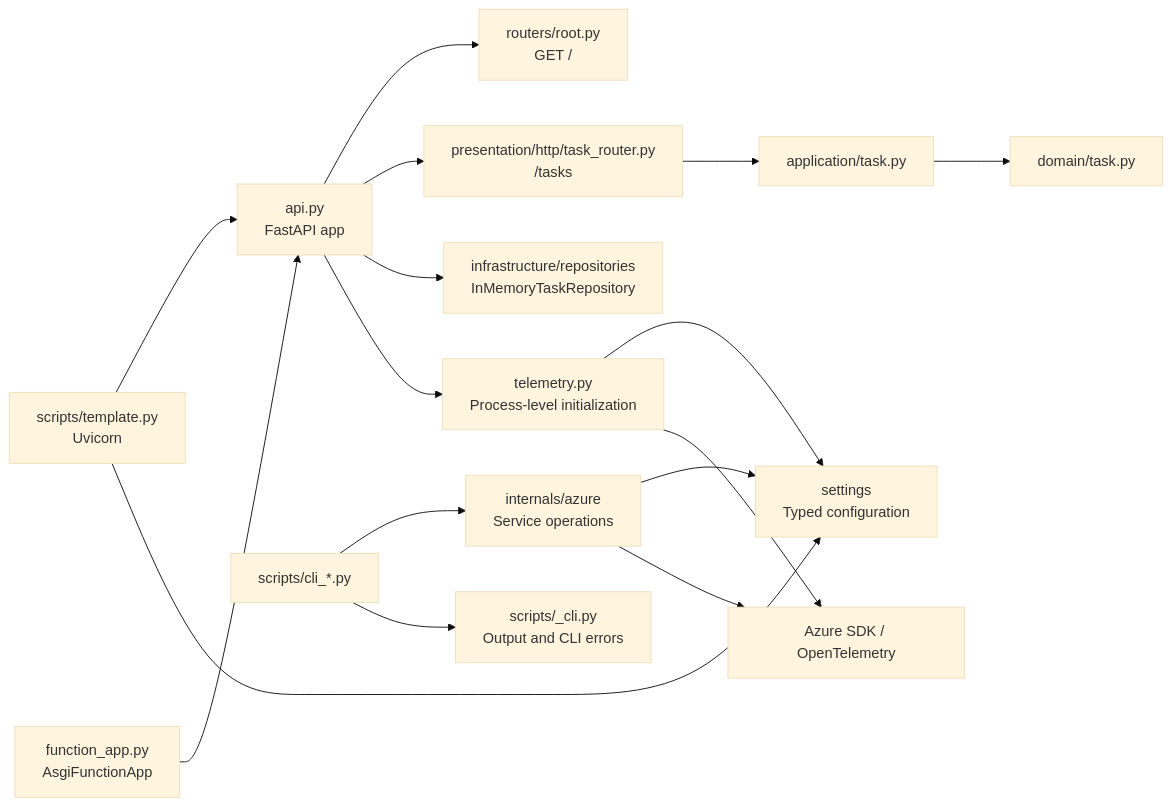
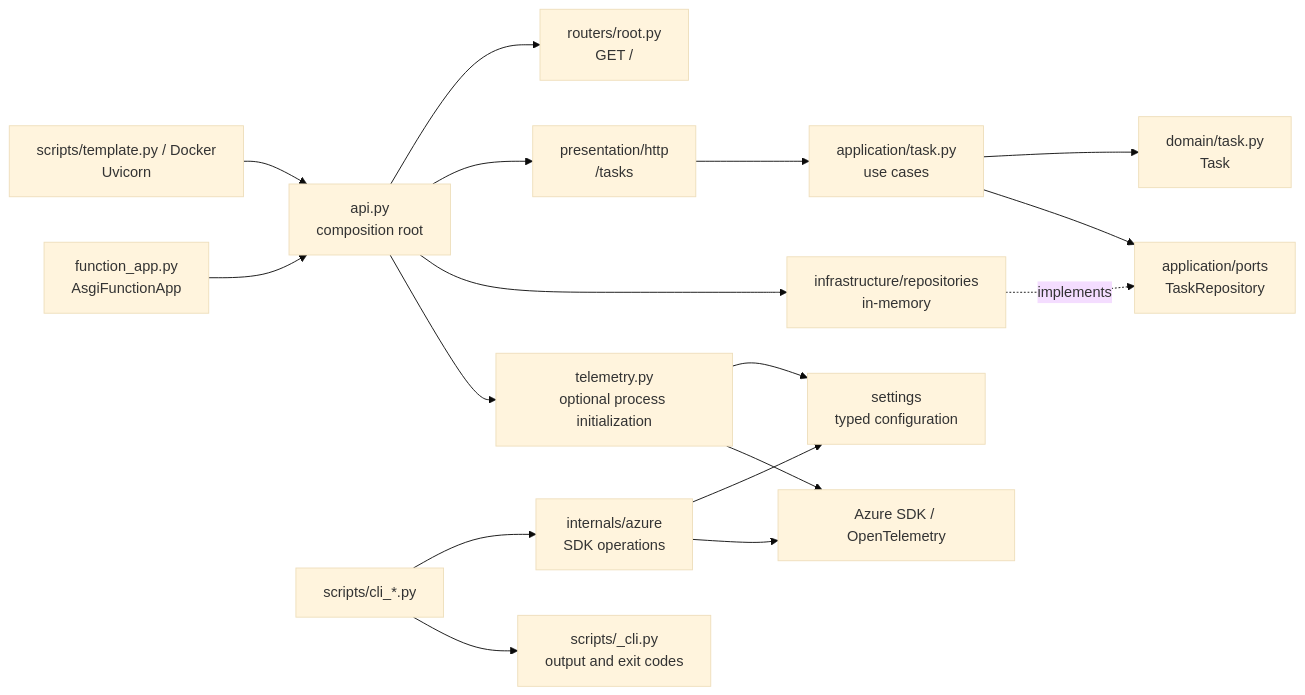
One commit to ks6088ts-labs/template-azure-python changed the diagram in docs/architecture/index.md. Above: the diagram before and after it, drawn with Mermaid (base theme). The commit also changed other lines of this file and 11 other files, not shown here.

First line of the commit message:
Refactor architecture documentation and improve error handling

````diff
--- a/docs/architecture/index.md
+++ b/docs/architecture/index.md
@@ -138,18 +30,19 @@
 ```mermaid
 flowchart LR
-    launcher["scripts/template.py<br/>Uvicorn"] --> api["api.py<br/>FastAPI app"]
+    launcher["scripts/template.py / Docker<br/>Uvicorn"] --> api["api.py<br/>composition root"]
     functions["function_app.py<br/>AsgiFunctionApp"] --> api
     api --> root["routers/root.py<br/>GET /"]
-    api --> tasks["presentation/http/task_router.py<br/>/tasks"]
-    tasks --> usecases["application/task.py"]
-    usecases --> domain["domain/task.py"]
-    api --> memory["infrastructure/repositories<br/>InMemoryTaskRepository"]
-    api --> telemetry["telemetry.py<br/>Process-level initialization"]
-    cli["scripts/cli_*.py"] --> operations["internals/azure<br/>Service operations"]
-    cli --> presentation["scripts/_cli.py<br/>Output and CLI errors"]
-    operations --> settings["settings<br/>Typed configuration"]
+    api --> http["presentation/http<br/>/tasks"]
+    http --> usecases["application/task.py<br/>use cases"]
+    usecases --> domain["domain/task.py<br/>Task"]
+    usecases --> port["application/ports<br/>TaskRepository"]
+    api --> memory["infrastructure/repositories<br/>in-memory"]
+    memory -. implements .-> port
+    api --> telemetry["telemetry.py<br/>optional process initialization"]
+    cli["scripts/cli_*.py"] --> operations["internals/azure<br/>SDK operations"]
+    cli --> output["scripts/_cli.py<br/>output and exit codes"]
+    operations --> settings["settings<br/>typed configuration"]
+    operations --> sdk["Azure SDK / OpenTelemetry"]
     telemetry --> settings
     telemetry --> sdk
-    launcher --> settings
-    operations --> sdk["Azure SDK / OpenTelemetry"]
 ```
````
